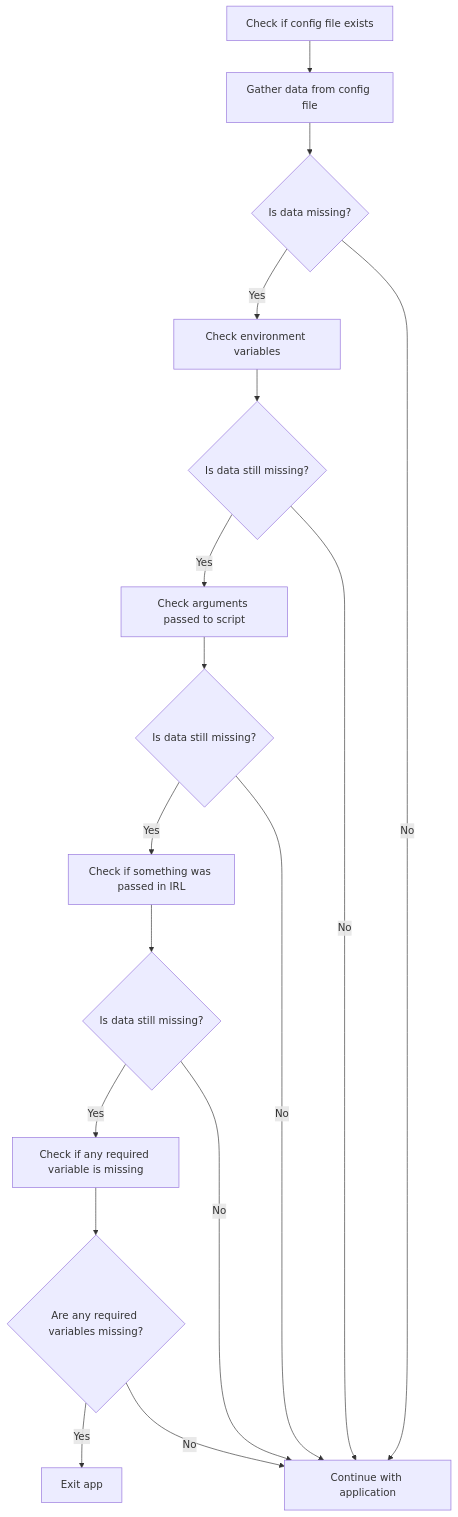
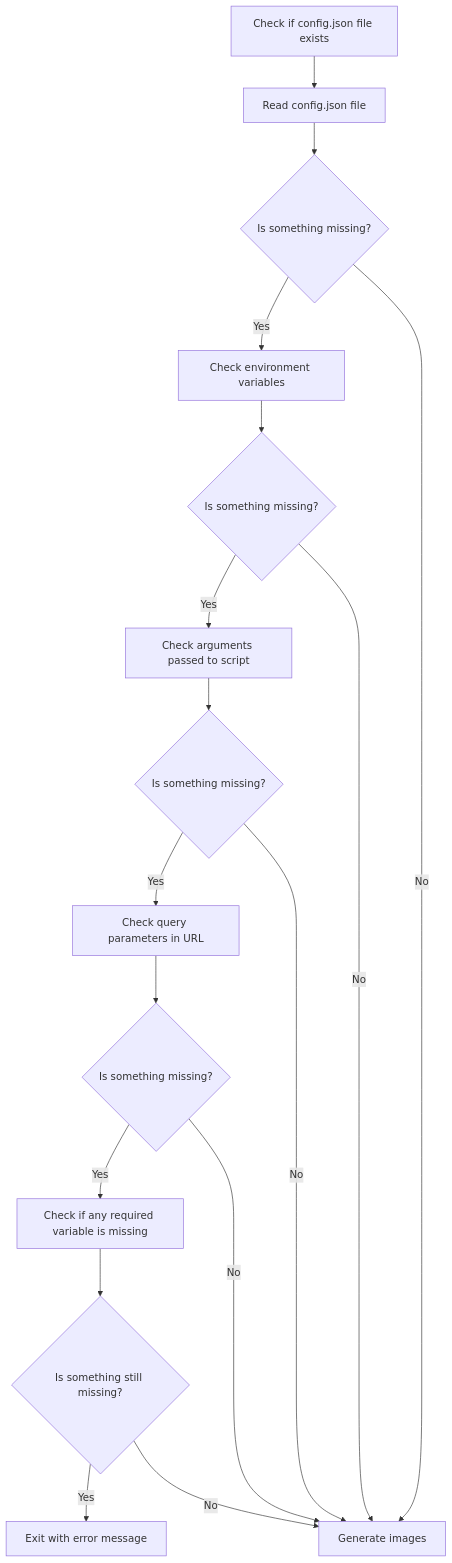
The diagram in README.md (Avaray/steam-status-signature-generator), drawn with Mermaid before and after one commit.

````diff
--- a/README.md
+++ b/README.md
@@ -58,19 +58,19 @@
 ```mermaid
 graph TD
-    A[Check if config file exists] --> B[Gather data from config file]
-    B --> C{Is data missing?}
+    A[Check if config.json file exists] --> B[Read config.json file]
+    B --> C{Is something missing?}
     C -->|Yes| D[Check environment variables]
-    D --> E{Is data still missing?}
+    D --> E{Is something missing?}
     E -->|Yes| F[Check arguments passed to script]
-    F --> G{Is data still missing?}
-    G -->|Yes| H[Check if something was passed in IRL]
-    H --> I{Is data still missing?}
+    F --> G{Is something missing?}
+    G -->|Yes| H[Check query parameters in URL]
+    H --> I{Is something missing?}
     I -->|Yes| J[Check if any required variable is missing]
-    J --> K{Are any required variables missing?}
-    K -->|Yes| L[Exit app]
-    K -->|No| M[Continue with application]
+    J --> K{Is something still missing?}
+    K -->|Yes| L[Exit with error message]
+    K -->|No| M[Generate images]
     I -->|No| M
     G -->|No| M
     E -->|No| M
     C -->|No| M
 ```
````
